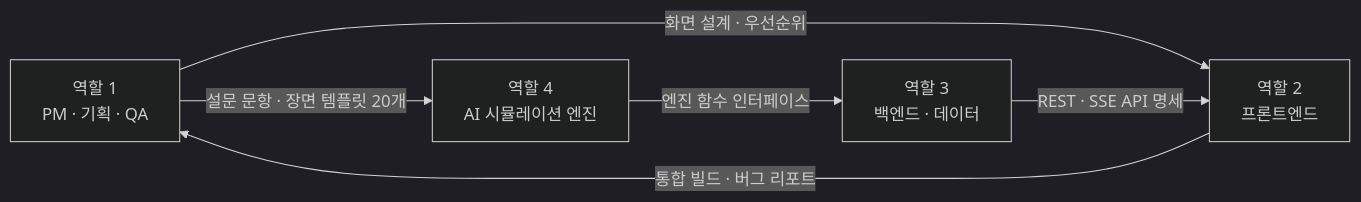
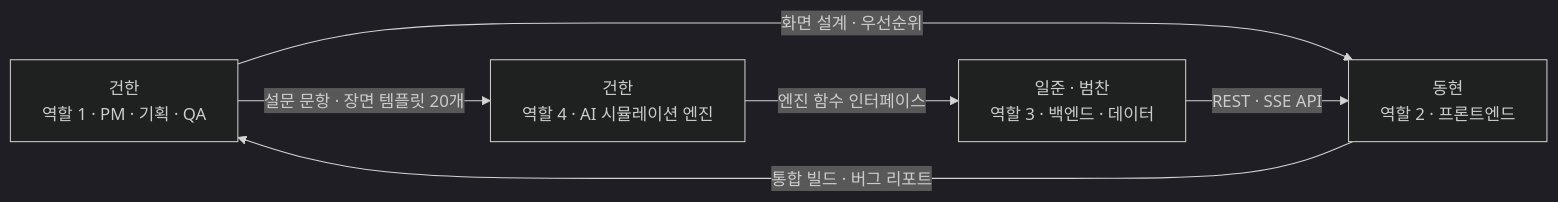
Before and after one commit to gokimkh123/SW_Design_Development: the fourth of 4 diagrams in README.md, drawn with Mermaid (dark theme). The commit also changed other lines of this file and 16 other files, not shown here.

````diff
--- a/README.md
+++ b/README.md
@@ -131,13 +143,13 @@
 ```mermaid
 flowchart LR
-    PM["역할 1<br/>PM · 기획 · QA"]
-    FE["역할 2<br/>프론트엔드"]
-    BE["역할 3<br/>백엔드 · 데이터"]
-    AI["역할 4<br/>AI 시뮬레이션 엔진"]
+    PM["건한<br/>역할 1 · PM · 기획 · QA"]
+    AI["건한<br/>역할 4 · AI 시뮬레이션 엔진"]
+    FE["동현<br/>역할 2 · 프론트엔드"]
+    BE["일준 · 범찬<br/>역할 3 · 백엔드 · 데이터"]
 
     PM -->|"설문 문항 · 장면 템플릿 20개"| AI
     PM -->|"화면 설계 · 우선순위"| FE
     AI -->|"엔진 함수 인터페이스"| BE
-    BE -->|"REST · SSE API 명세"| FE
+    BE -->|"REST · SSE API"| FE
     FE -->|"통합 빌드 · 버그 리포트"| PM
 ```
````
